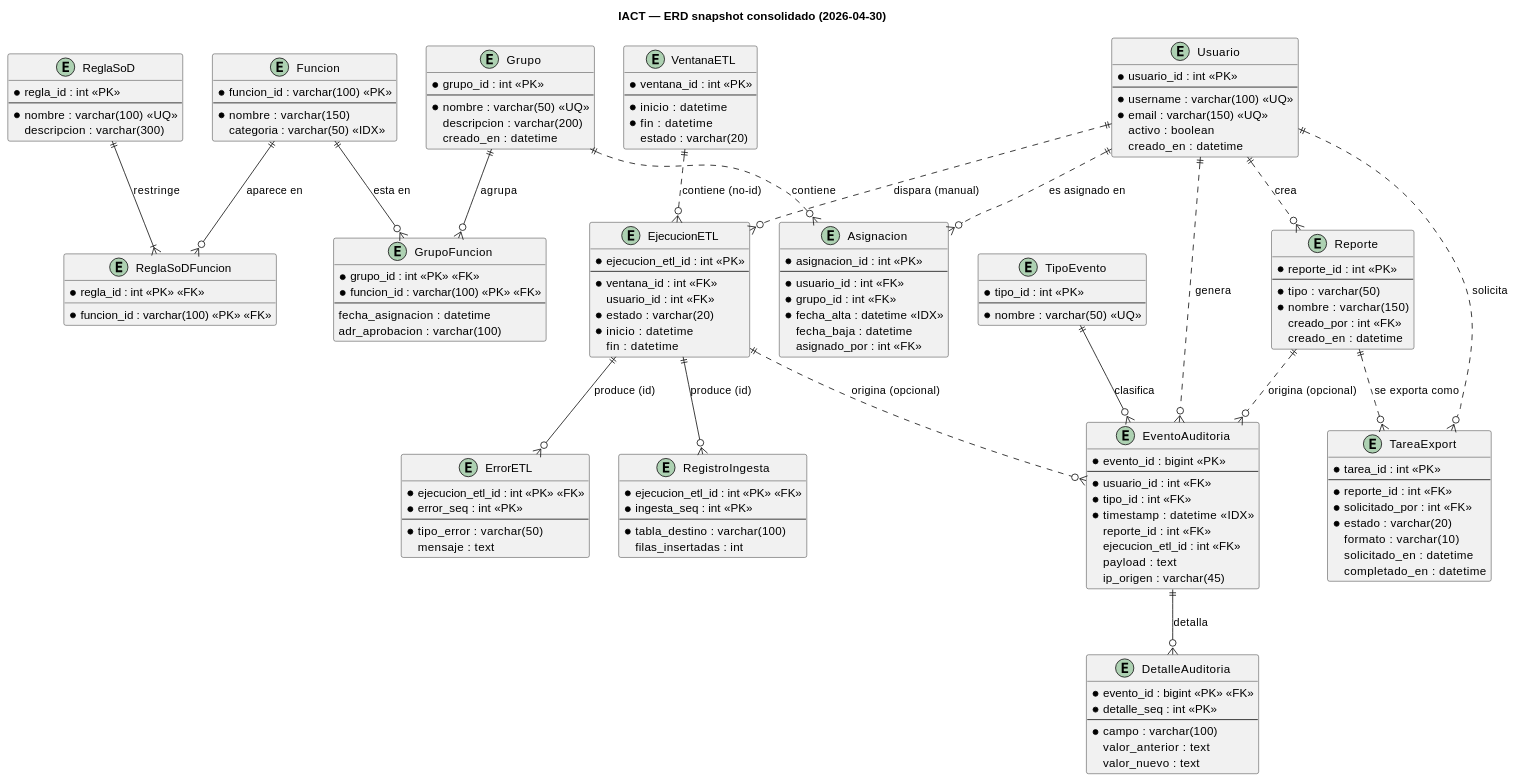
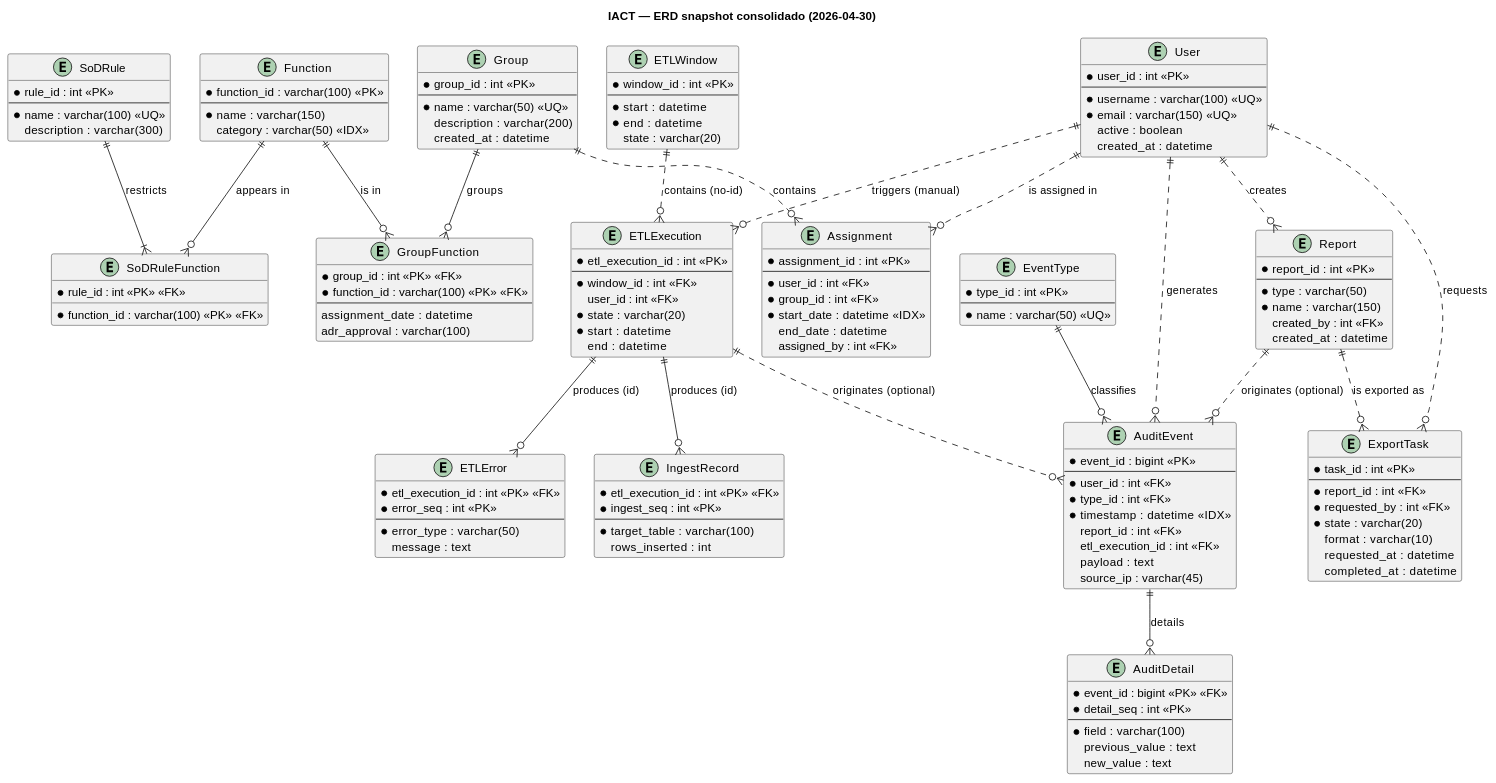
The diagram in source/requisitos/_metodologia-aplicacion/analisis-dominio/erd-consolidado.rst (jcg-admin/IACT-docs), drawn with PlantUML before and after one commit. The commit also changed 21 other files, not shown here.

```diff
--- a/source/requisitos/_metodologia-aplicacion/analisis-dominio/erd-consolidado.rst
+++ b/source/requisitos/_metodologia-aplicacion/analisis-dominio/erd-consolidado.rst
@@ -7,167 +7,167 @@
    title IACT — ERD snapshot consolidado (2026-04-30)
 
    ' === RBAC ===
-   entity Usuario {
-     * usuario_id : int <<PK>>
+   entity User {
+     * user_id : int <<PK>>
      --
      * username : varchar(100) <<UQ>>
      * email : varchar(150) <<UQ>>
-     activo : boolean
-     creado_en : datetime
+     active : boolean
+     created_at : datetime
    }
 
-   entity Grupo {
-     * grupo_id : int <<PK>>
+   entity Group {
+     * group_id : int <<PK>>
      --
-     * nombre : varchar(50) <<UQ>>
-     descripcion : varchar(200)
-     creado_en : datetime
+     * name : varchar(50) <<UQ>>
+     description : varchar(200)
+     created_at : datetime
    }
 
-   entity Funcion {
-     * funcion_id : varchar(100) <<PK>>
+   entity Function {
+     * function_id : varchar(100) <<PK>>
      --
-     * nombre : varchar(150)
-     categoria : varchar(50) <<IDX>>
+     * name : varchar(150)
+     category : varchar(50) <<IDX>>
    }
 
-   entity Asignacion {
-     * asignacion_id : int <<PK>>
+   entity Assignment {
+     * assignment_id : int <<PK>>
      --
-     * usuario_id : int <<FK>>
-     * grupo_id : int <<FK>>
-     * fecha_alta : datetime <<IDX>>
-     fecha_baja : datetime
-     asignado_por : int <<FK>>
+     * user_id : int <<FK>>
+     * group_id : int <<FK>>
+     * start_date : datetime <<IDX>>
+     end_date : datetime
+     assigned_by : int <<FK>>
    }
 
-   entity GrupoFuncion {
-     * grupo_id : int <<PK>> <<FK>>
-     * funcion_id : varchar(100) <<PK>> <<FK>>
+   entity GroupFunction {
+     * group_id : int <<PK>> <<FK>>
+     * function_id : varchar(100) <<PK>> <<FK>>
      --
-     fecha_asignacion : datetime
-     adr_aprobacion : varchar(100)
+     assignment_date : datetime
+     adr_approval : varchar(100)
    }
 
-   entity ReglaSoD {
-     * regla_id : int <<PK>>
+   entity SoDRule {
+     * rule_id : int <<PK>>
      --
-     * nombre : varchar(100) <<UQ>>
-     descripcion : varchar(300)
+     * name : varchar(100) <<UQ>>
+     description : varchar(300)
    }
 
-   entity ReglaSoDFuncion {
-     * regla_id : int <<PK>> <<FK>>
-     * funcion_id : varchar(100) <<PK>> <<FK>>
+   entity SoDRuleFunction {
+     * rule_id : int <<PK>> <<FK>>
+     * function_id : varchar(100) <<PK>> <<FK>>
    }
 
    ' === ETL ===
-   entity VentanaETL {
-     * ventana_id : int <<PK>>
+   entity ETLWindow {
+     * window_id : int <<PK>>
      --
-     * inicio : datetime
-     * fin : datetime
-     estado : varchar(20)
+     * start : datetime
+     * end : datetime
+     state : varchar(20)
    }
 
-   entity EjecucionETL {
-     * ejecucion_etl_id : int <<PK>>
+   entity ETLExecution {
+     * etl_execution_id : int <<PK>>
      --
-     * ventana_id : int <<FK>>
-     usuario_id : int <<FK>>
-     * estado : varchar(20)
-     * inicio : datetime
-     fin : datetime
+     * window_id : int <<FK>>
+     user_id : int <<FK>>
+     * state : varchar(20)
+     * start : datetime
+     end : datetime
    }
 
-   entity ErrorETL {
-     * ejecucion_etl_id : int <<PK>> <<FK>>
+   entity ETLError {
+     * etl_execution_id : int <<PK>> <<FK>>
      * error_seq : int <<PK>>
      --
-     * tipo_error : varchar(50)
-     mensaje : text
+     * error_type : varchar(50)
+     message : text
    }
 
-   entity RegistroIngesta {
-     * ejecucion_etl_id : int <<PK>> <<FK>>
-     * ingesta_seq : int <<PK>>
+   entity IngestRecord {
+     * etl_execution_id : int <<PK>> <<FK>>
+     * ingest_seq : int <<PK>>
      --
-     * tabla_destino : varchar(100)
-     filas_insertadas : int
+     * target_table : varchar(100)
+     rows_inserted : int
    }
 
    ' === Reportería ===
-   entity Reporte {
-     * reporte_id : int <<PK>>
+   entity Report {
+     * report_id : int <<PK>>
      --
-     * tipo : varchar(50)
-     * nombre : varchar(150)
-     creado_por : int <<FK>>
-     creado_en : datetime
+     * type : varchar(50)
+     * name : varchar(150)
+     created_by : int <<FK>>
+     created_at : datetime
    }
 
-   entity TareaExport {
-     * tarea_id : int <<PK>>
+   entity ExportTask {
+     * task_id : int <<PK>>
      --
-     * reporte_id : int <<FK>>
-     * solicitado_por : int <<FK>>
-     * estado : varchar(20)
-     formato : varchar(10)
-     solicitado_en : datetime
-     completado_en : datetime
+     * report_id : int <<FK>>
+     * requested_by : int <<FK>>
+     * state : varchar(20)
+     format : varchar(10)
+     requested_at : datetime
+     completed_at : datetime
    }
 
    ' === Auditoría ===
-   entity TipoEvento {
-     * tipo_id : int <<PK>>
+   entity EventType {
+     * type_id : int <<PK>>
      --
-     * nombre : varchar(50) <<UQ>>
+     * name : varchar(50) <<UQ>>
    }
 
-   entity EventoAuditoria {
-     * evento_id : bigint <<PK>>
+   entity AuditEvent {
+     * event_id : bigint <<PK>>
      --
-     * usuario_id : int <<FK>>
-     * tipo_id : int <<FK>>
+     * user_id : int <<FK>>
+     * type_id : int <<FK>>
      * timestamp : datetime <<IDX>>
-     reporte_id : int <<FK>>
-     ejecucion_etl_id : int <<FK>>
+     report_id : int <<FK>>
+     etl_execution_id : int <<FK>>
      payload : text
-     ip_origen : varchar(45)
+     source_ip : varchar(45)
    }
 
-   entity DetalleAuditoria {
-     * evento_id : bigint <<PK>> <<FK>>
-     * detalle_seq : int <<PK>>
+   entity AuditDetail {
+     * event_id : bigint <<PK>> <<FK>>
+     * detail_seq : int <<PK>>
      --
-     * campo : varchar(100)
-     valor_anterior : text
-     valor_nuevo : text
+     * field : varchar(100)
+     previous_value : text
+     new_value : text
    }
 
    ' === Relaciones RBAC ===
-   Usuario ||..o{ Asignacion : "es asignado en"
-   Grupo ||..o{ Asignacion : contiene
-   Grupo ||--o{ GrupoFuncion : agrupa
-   Funcion ||--o{ GrupoFuncion : "esta en"
-   ReglaSoD ||--|{ ReglaSoDFuncion : restringe
-   Funcion ||--o{ ReglaSoDFuncion : "aparece en"
+   User ||..o{ Assignment : "is assigned in"
+   Group ||..o{ Assignment : contains
+   Group ||--o{ GroupFunction : groups
+   Function ||--o{ GroupFunction : "is in"
+   SoDRule ||--|{ SoDRuleFunction : restricts
+   Function ||--o{ SoDRuleFunction : "appears in"
 
    ' === Relaciones ETL ===
-   VentanaETL ||..o{ EjecucionETL : "contiene (no-id)"
-   EjecucionETL ||--o{ ErrorETL : "produce (id)"
-   EjecucionETL ||--o{ RegistroIngesta : "produce (id)"
-   Usuario ||..o{ EjecucionETL : "dispara (manual)"
+   ETLWindow ||..o{ ETLExecution : "contains (no-id)"
+   ETLExecution ||--o{ ETLError : "produces (id)"
+   ETLExecution ||--o{ IngestRecord : "produces (id)"
+   User ||..o{ ETLExecution : "triggers (manual)"
 
    ' === Relaciones Reportería ===
-   Usuario ||..o{ Reporte : crea
-   Reporte ||..o{ TareaExport : "se exporta como"
-   Usuario ||..o{ TareaExport : solicita
+   User ||..o{ Report : creates
+   Report ||..o{ ExportTask : "is exported as"
+   User ||..o{ ExportTask : requests
 
    ' === Relaciones Auditoría ===
-   TipoEvento ||--o{ EventoAuditoria : clasifica
-   Usuario ||..o{ EventoAuditoria : genera
-   EventoAuditoria ||--o{ DetalleAuditoria : detalla
-   Reporte ||..o{ EventoAuditoria : "origina (opcional)"
-   EjecucionETL ||..o{ EventoAuditoria : "origina (opcional)"
+   EventType ||--o{ AuditEvent : classifies
+   User ||..o{ AuditEvent : generates
+   AuditEvent ||--o{ AuditDetail : details
+   Report ||..o{ AuditEvent : "originates (optional)"
+   ETLExecution ||..o{ AuditEvent : "originates (optional)"
    @enduml
```
